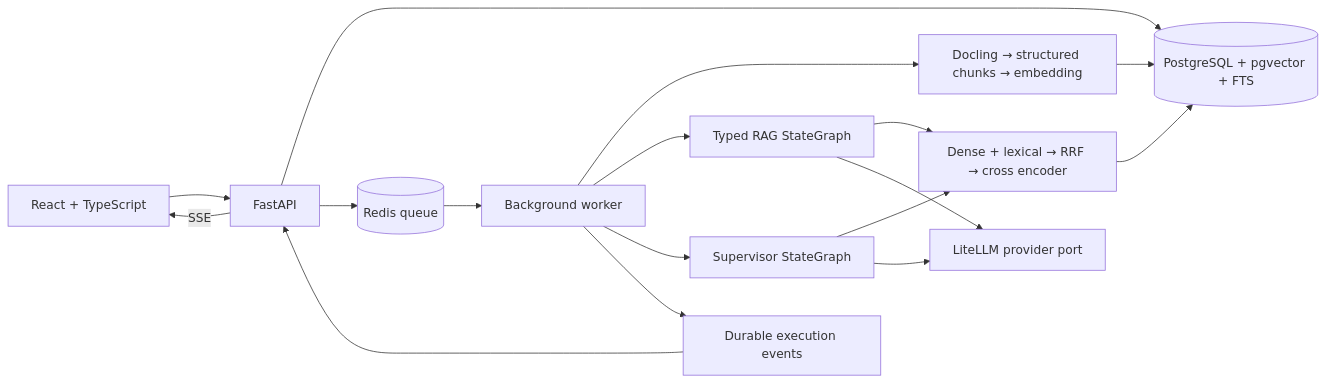
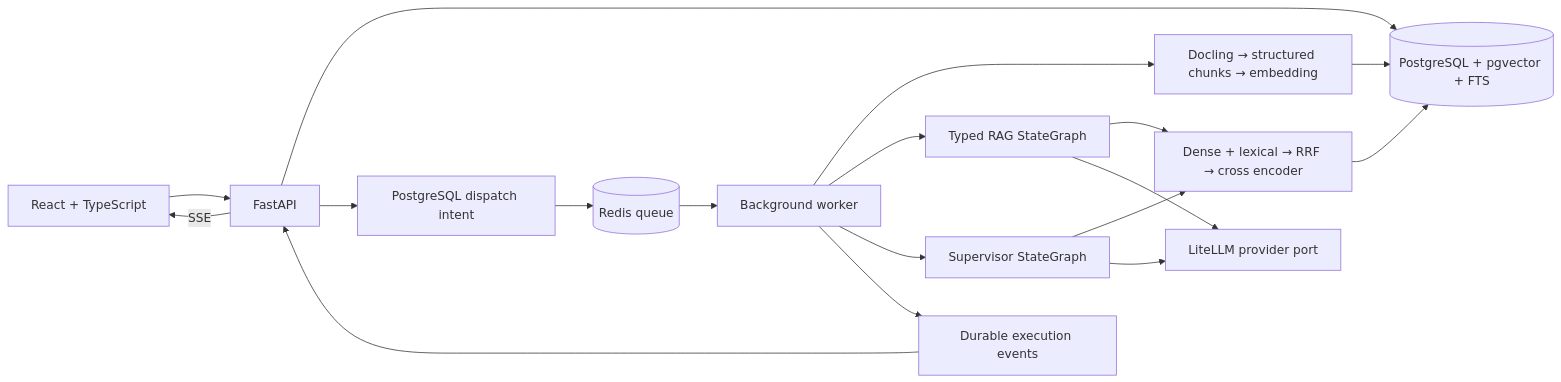
Before and after one commit to chouytong/RAGAgent: the diagram in docs/architecture.md, drawn with Mermaid. The commit also changed other lines of this file and 15 other files, not shown here.

````diff
--- a/docs/architecture.md
+++ b/docs/architecture.md
@@ -5,19 +5,20 @@
 ```mermaid
 flowchart LR
  UI[React + TypeScript] --> API[FastAPI]
  API --> PG[(PostgreSQL + pgvector + FTS)]
- API --> Redis[(Redis queue)]
+ API --> Dispatch[PostgreSQL dispatch intent]
+ Dispatch --> Redis[(Redis queue)]
  Redis --> Worker[Background worker]
  Worker --> Ingest[Docling → structured chunks → embedding]
  Ingest --> PG
  Worker --> RAG[Typed RAG StateGraph]
  Worker --> Research[Supervisor StateGraph]
  RAG --> Retrieval[Dense + lexical → RRF → cross encoder]
  Research --> Retrieval
  Retrieval --> PG
  RAG --> Providers[LiteLLM provider port]
  Research --> Providers
  Worker --> Events[Durable execution events]
  Events --> API
  API -->|SSE| UI
 ```
````
